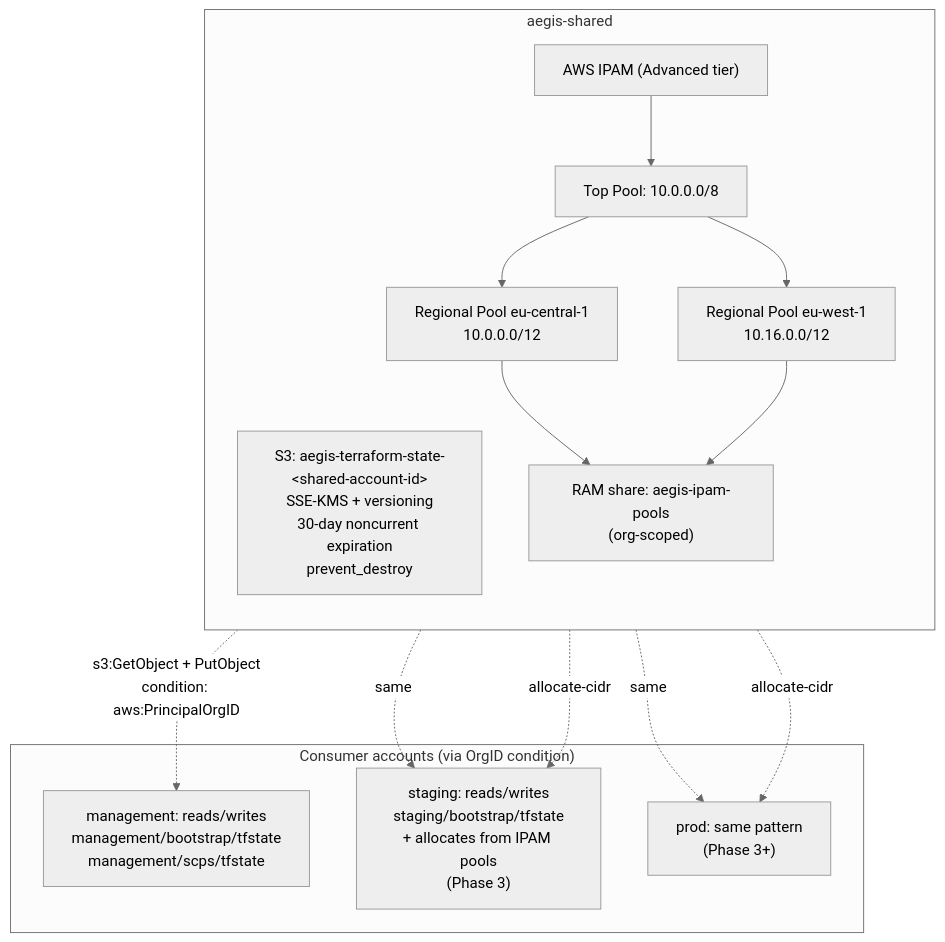
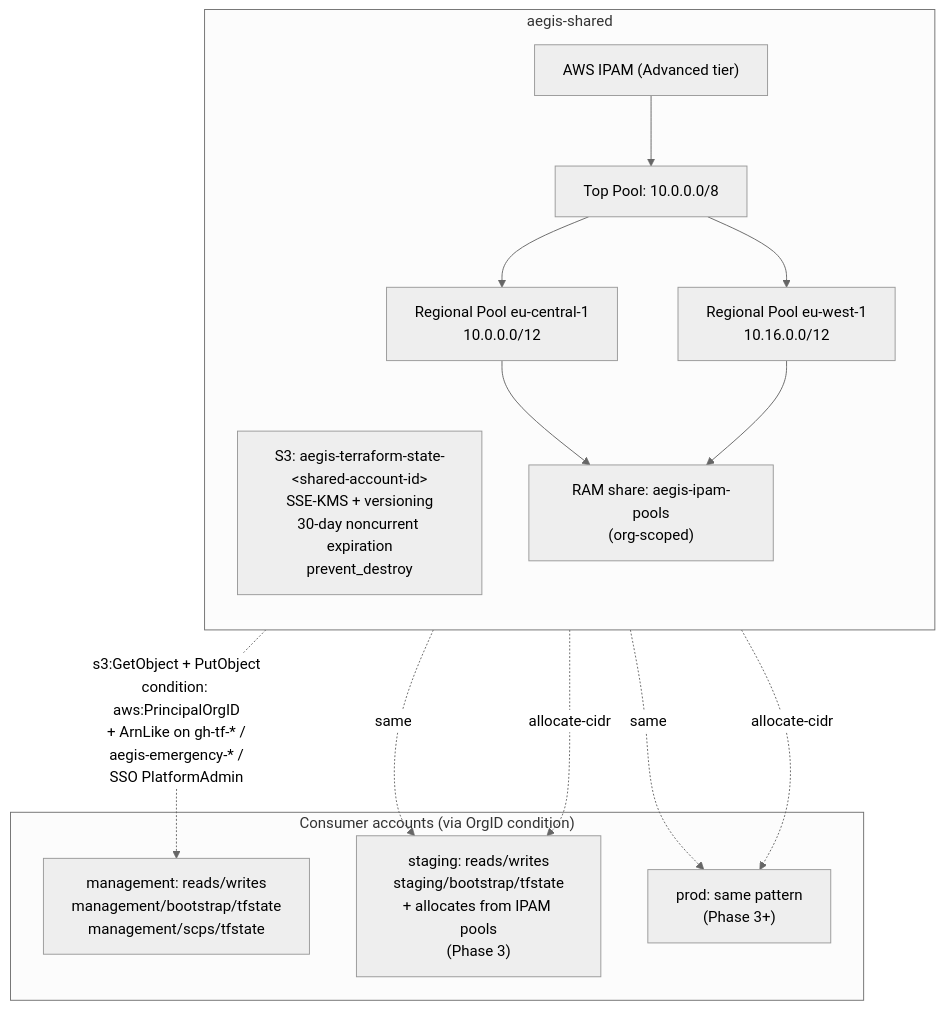
Before and after one commit to BinHsu/aegis-aws-landing-zone: the fourth of 5 diagrams in docs/architecture.md, drawn with Mermaid (neutral theme). The commit also changed other lines of this file and 3 other files, not shown here.

````diff
--- a/docs/architecture.md
+++ b/docs/architecture.md
@@ -130,33 +130,33 @@
 ```mermaid
 flowchart TB
   subgraph shared["aegis-shared"]
     direction TB
 
     bucket["S3: aegis-terraform-state-&lt;shared-account-id&gt;<br/>SSE-KMS + versioning<br/>30-day noncurrent expiration<br/>prevent_destroy"]
 
     ipam["AWS IPAM (Advanced tier)"]
     top["Top Pool: 10.0.0.0/8"]
     primary_pool["Regional Pool eu-central-1<br/>10.0.0.0/12"]
     dr_pool["Regional Pool eu-west-1<br/>10.16.0.0/12"]
 
     ram["RAM share: aegis-ipam-pools<br/>(org-scoped)"]
 
     ipam --> top
     top --> primary_pool
     top --> dr_pool
     primary_pool --> ram
     dr_pool --> ram
   end
 
   subgraph consumers["Consumer accounts (via OrgID condition)"]
     mgmt["management: reads/writes<br/>management/bootstrap/tfstate<br/>management/scps/tfstate"]
     stg["staging: reads/writes<br/>staging/bootstrap/tfstate<br/>+ allocates from IPAM pools<br/>(Phase 3)"]
     prd["prod: same pattern<br/>(Phase 3+)"]
   end
 
-  bucket -. s3:GetObject + PutObject<br/>condition: aws:PrincipalOrgID .-> mgmt
+  bucket -. s3:GetObject + PutObject<br/>condition: aws:PrincipalOrgID<br/>+ ArnLike on gh-tf-* /<br/>aegis-emergency-* /<br/>SSO PlatformAdmin .-> mgmt
   bucket -. same .-> stg
   bucket -. same .-> prd
   ram -. allocate-cidr .-> stg
   ram -. allocate-cidr .-> prd
 ```
````
